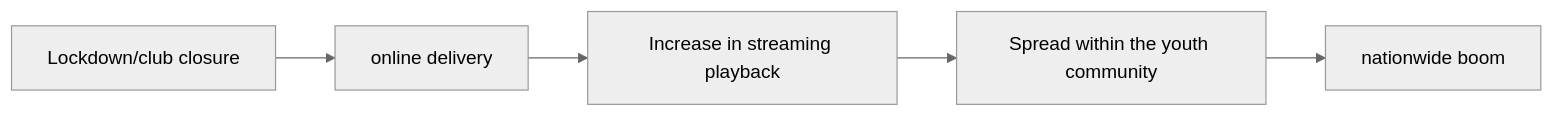
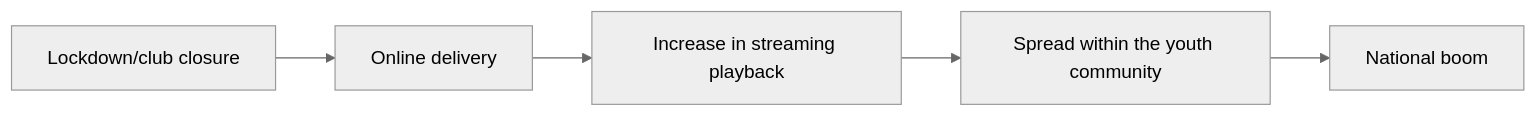
The fourth of 8 diagrams in en/_posts/2025-11-30-column-south-african-amapiano.md (monumental-movement/monumental-movement.github.io), drawn with Mermaid (neutral theme) before and after one commit. The commit also changed other lines of this file and 528 other files, not shown here.

```diff
--- a/en/_posts/2025-11-30-column-south-african-amapiano.md
+++ b/en/_posts/2025-11-30-column-south-african-amapiano.md
@@ -182,7 +188,7 @@
 <div class="mermaid">
 graph LR
-    LOCK[Lockdown/club closure] --> ONLINE[online delivery]
-    ONLINE --> STREAM[Increase in streaming playback]
-    STREAM --> YOUTH[Spread within the youth community]
-    YOUTH --> NATION[nationwide boom]
+    LD["Lockdown/club closure"] --> ONL["Online delivery"]
+    ONL --> STR["Increase in streaming playback"]
+    STR --> YC["Spread within the youth community"]
+    YC --> NB["National boom"]
 </div>
```
